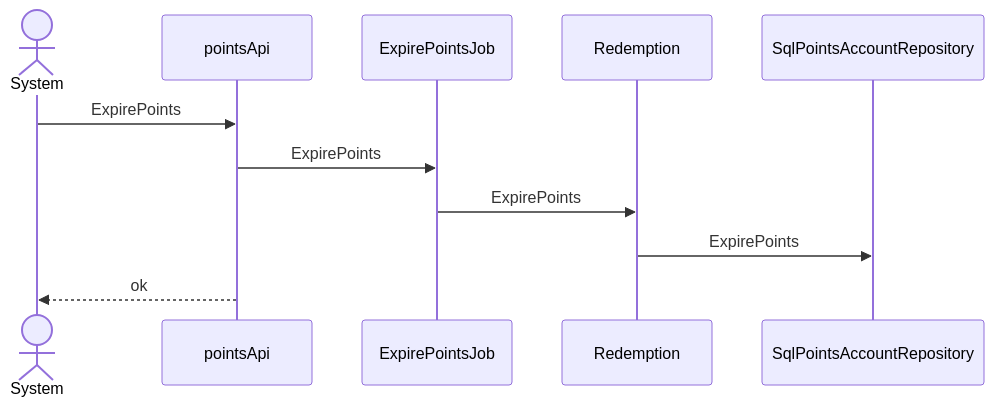
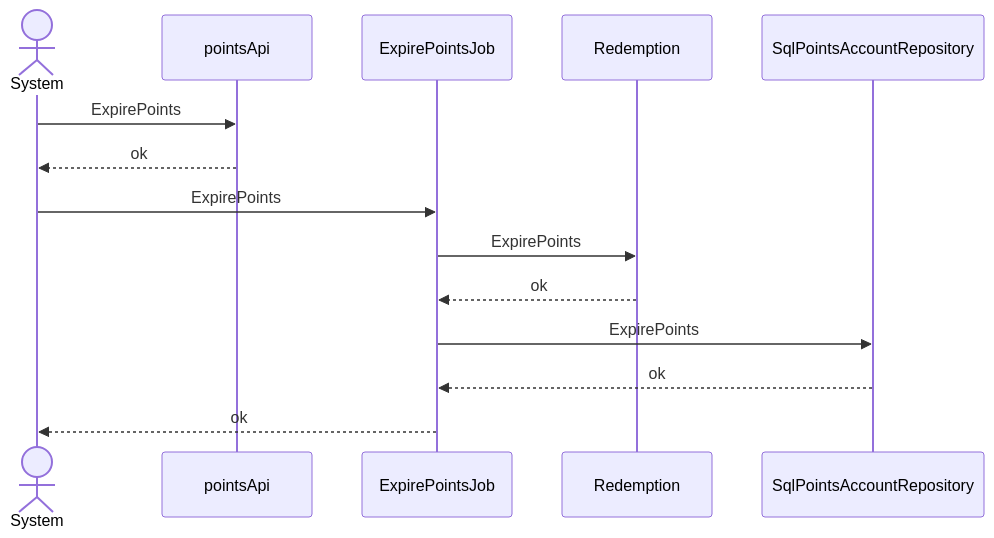
Before and after one commit to pin0513/AITools: the fifth of 6 diagrams in skills/spec-dev-process/examples/matrix/fs-back-zh-s3/specs/rd/points-redemption/spec/30-architecture-c4.md, drawn with Mermaid. The commit also changed other lines of this file and 257 other files, not shown here.

````diff
--- a/skills/spec-dev-process/examples/matrix/fs-back-zh-s3/specs/rd/points-redemption/spec/30-architecture-c4.md
+++ b/skills/spec-dev-process/examples/matrix/fs-back-zh-s3/specs/rd/points-redemption/spec/30-architecture-c4.md
@@ -113,13 +119,16 @@
 ```mermaid
 sequenceDiagram
   actor U as System
   participant CMP002 as pointsApi
   participant CMP005 as ExpirePointsJob
   participant CMP007 as Redemption
   participant CMP008 as SqlPointsAccountRepository
   U->>CMP002: ExpirePoints
-  CMP002->>CMP005: ExpirePoints
+  CMP002-->>U: ok
+  U->>CMP005: ExpirePoints
   CMP005->>CMP007: ExpirePoints
-  CMP007->>CMP008: ExpirePoints
-  CMP002-->>U: ok
+  CMP007-->>CMP005: ok
+  CMP005->>CMP008: ExpirePoints
+  CMP008-->>CMP005: ok
+  CMP005-->>U: ok
 ```
````
